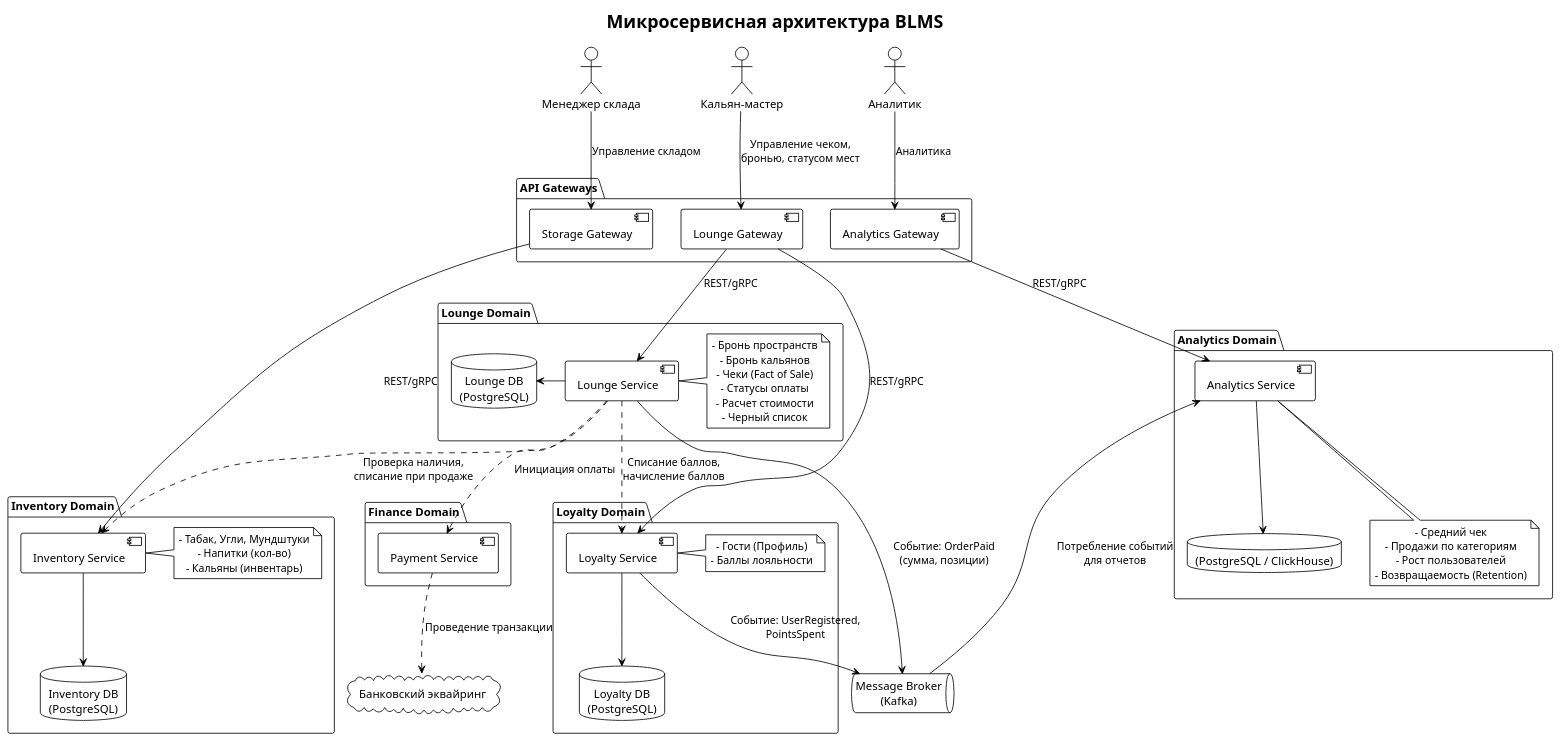
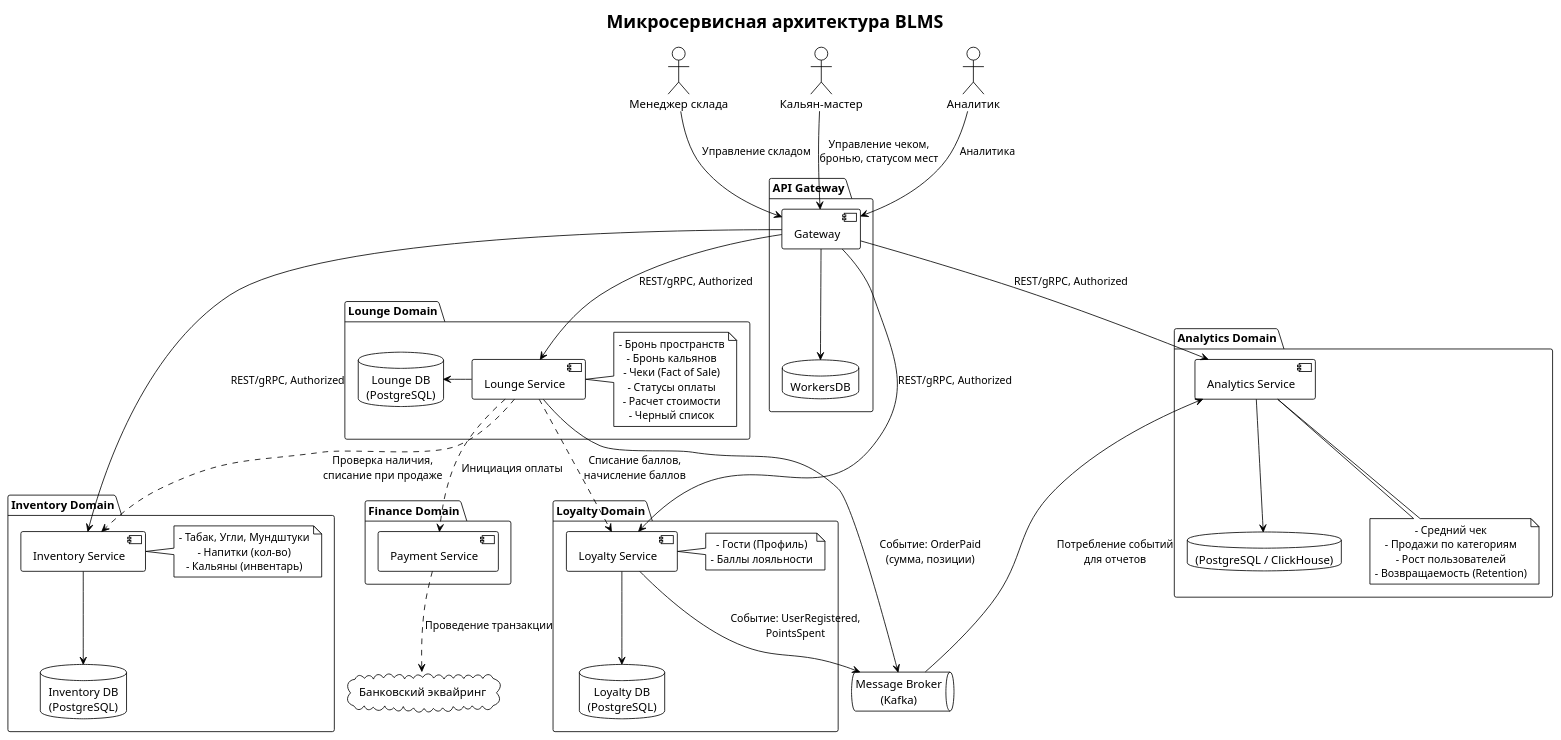
The diagram in diagram.puml (Lounge-MS/blms), drawn with PlantUML before and after one commit. The commit also changed 1 other file, not shown here.

Commit message:
feat: merged gateways, added auth db

```diff
--- a/diagram.puml
+++ b/diagram.puml
@@ -1,94 +1,94 @@
 @startuml
 !theme plain
 skinparam componentStyle uml2
 skinparam defaultTextAlignment center
 
 title Микросервисная архитектура BLMS
 
 actor "Менеджер склада" as Manager
 actor "Кальян-мастер" as Master
 actor "Аналитик" as Analyst
 
 cloud "Банковский эквайринг" as BankAPI
 
 queue "Message Broker\n(Kafka)" as EventBus
 
-package "API Gateways" {
-    [Lounge Gateway] as LoungeGateway
-    [Storage Gateway] as StorageGateway
-    [Analytics Gateway] as AnalyticsGateway
+package "API Gateway" {
+    [Gateway] as Gateway
+    database "WorkersDB"
 }
 
 package "Inventory Domain" {
     component [Inventory Service] as Inventory
     database "Inventory DB\n(PostgreSQL)" as InvDB
     note right of Inventory
         - Табак, Угли, Мундштуки
         - Напитки (кол-во)
         - Кальяны (инвентарь)
     end note
 }
 
 package "Lounge Domain" {
     component [Lounge Service] as Lounge
     database "Lounge DB\n(PostgreSQL)" as LoungeDB
     note right of Lounge
         - Бронь пространств
         - Бронь кальянов
         - Чеки (Fact of Sale)
         - Статусы оплаты
         - Расчет стоимости
         - Черный список
     end note
 }
 
 package "Loyalty Domain" {
     component [Loyalty Service] as Loyalty
     database "Loyalty DB\n(PostgreSQL)" as LoyaltyDB
     note right of Loyalty
         - Гости (Профиль)
         - Баллы лояльности
     end note
 }
 
 package "Finance Domain" {
     component [Payment Service] as Payment
 }
 
 package "Analytics Domain" {
     component [Analytics Service] as Analytics
     database "(PostgreSQL / ClickHouse)" as StatsDB
     note bottom of Analytics
         - Средний чек
         - Продажи по категориям
         - Рост пользователей
         - Возвращаемость (Retention)
     end note
 }
 
-Manager --> StorageGateway : Управление складом
-Master --> LoungeGateway : Управление чеком,\nбронью, статусом мест
-Analyst --> AnalyticsGateway : Аналитика
+Manager --> Gateway : Управление складом
+Master --> Gateway : Управление чеком,\nбронью, статусом мест
+Analyst --> Gateway : Аналитика
 
-StorageGateway --> Inventory : REST/gRPC
-LoungeGateway --> Lounge : REST/gRPC
-LoungeGateway --> Loyalty : REST/gRPC
-AnalyticsGateway --> Analytics : REST/gRPC
+Gateway --> Inventory : REST/gRPC, Authorized
+Gateway --> Lounge : REST/gRPC, Authorized
+Gateway --> Loyalty : REST/gRPC, Authorized
+Gateway --> Analytics : REST/gRPC, Authorized
+Gateway --> WorkersDB
 
 Lounge ..> Inventory : Проверка наличия,\nсписание при продаже
 Lounge .down.> Loyalty : Списание баллов,\nначисление баллов
 Lounge .down.> Payment : Инициация оплаты
 
 Inventory -down-> InvDB
 Lounge -left-> LoungeDB
 Loyalty -down-> LoyaltyDB
 Analytics -down-> StatsDB
 
 Payment ..> BankAPI : Проведение транзакции
 
 Lounge -down-> EventBus : Событие: OrderPaid\n(сумма, позиции)
 Loyalty -down-> EventBus : Событие: UserRegistered,\nPointsSpent
 
 EventBus -up-> Analytics : Потребление событий\nдля отчетов
 
 @enduml
```
